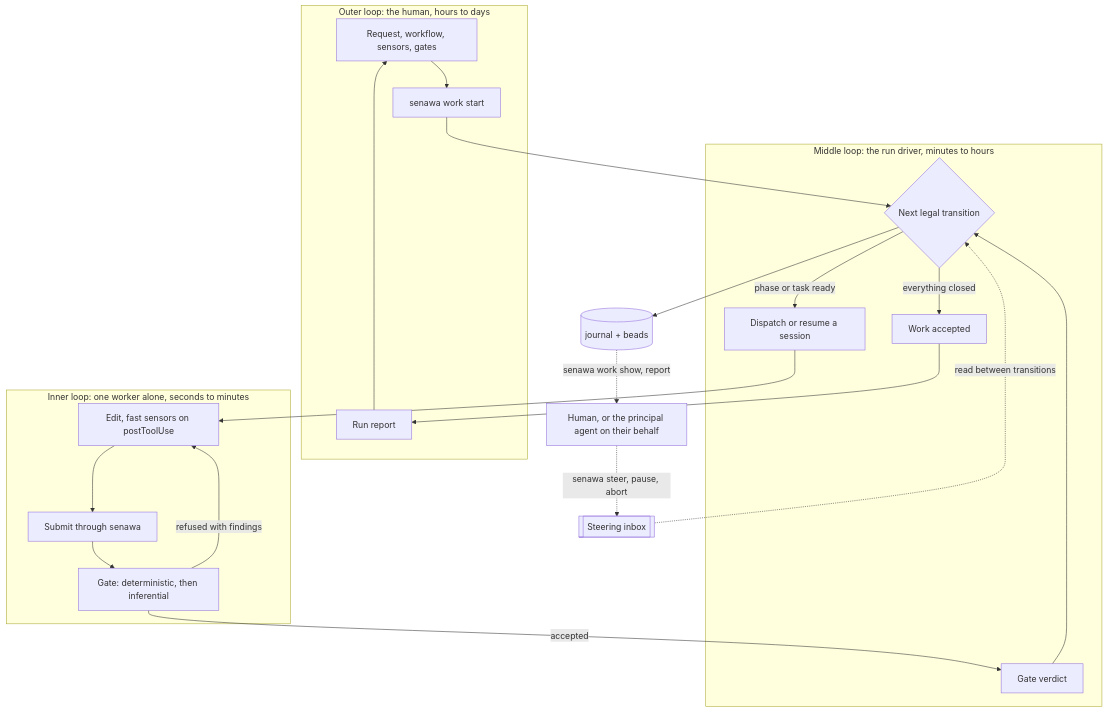
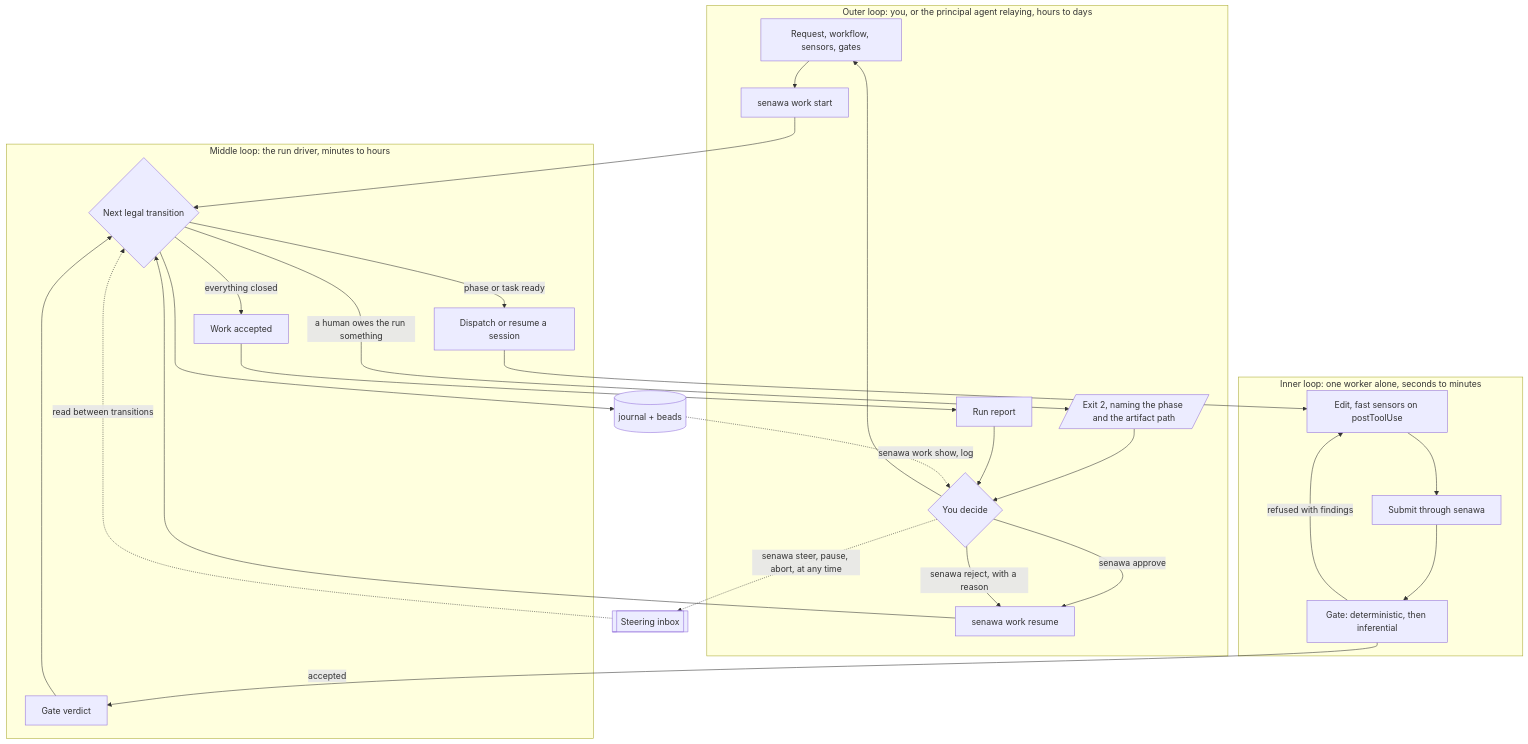
Before and after one commit to dasiths/senawa: the first of 4 diagrams in docs/design/multi-agent-orchestration.md, drawn with Mermaid. The commit also changed other lines of this file, not shown here.

Commit message:
docs: clarify human involvement in the multi-agent orchestration loops

````diff
--- a/docs/design/multi-agent-orchestration.md
+++ b/docs/design/multi-agent-orchestration.md
@@ -215,28 +217,34 @@
 ```mermaid
 flowchart TB
-    subgraph outer["Outer loop: the human, hours to days"]
+    subgraph outer["Outer loop: you, or the principal agent relaying, hours to days"]
         REQ[Request, workflow, sensors, gates] --> START[senawa work start]
-        REPORT[Run report] --> REQ
+        NEEDS[/Exit 2, naming the phase and the artifact path/] --> YOU{You decide}
+        YOU -->|senawa approve| RESUME[senawa work resume]
+        YOU -->|senawa reject, with a reason| RESUME
+        REPORT[Run report] --> YOU
+        YOU --> REQ
     end
 
     subgraph middle["Middle loop: the run driver, minutes to hours"]
         START --> ADV{Next legal transition}
+        RESUME --> ADV
         ADV -->|phase or task ready| DISPATCH[Dispatch or resume a session]
+        ADV -->|a human owes the run something| NEEDS
         ADV -->|everything closed| ACCEPTED[Work accepted]
         VERDICT[Gate verdict] --> ADV
     end
 
     subgraph inner["Inner loop: one worker alone, seconds to minutes"]
         DISPATCH --> EDIT[Edit, fast sensors on postToolUse]
         EDIT --> SUBMIT[Submit through senawa]
         SUBMIT --> GATE[Gate: deterministic, then inferential]
         GATE -->|refused with findings| EDIT
     end
 
     GATE -->|accepted| VERDICT
     ACCEPTED --> REPORT
     ADV --> JOURNAL[(journal + beads)]
     STEER[[Steering inbox]] -. read between transitions .-> ADV
-    HUMAN[Human, or the principal agent on their behalf] -. senawa steer, pause, abort .-> STEER
-    JOURNAL -. senawa work show, report .-> HUMAN
+    YOU -. senawa steer, pause, abort, at any time .-> STEER
+    JOURNAL -. senawa work show, log .-> YOU
 ```
````
